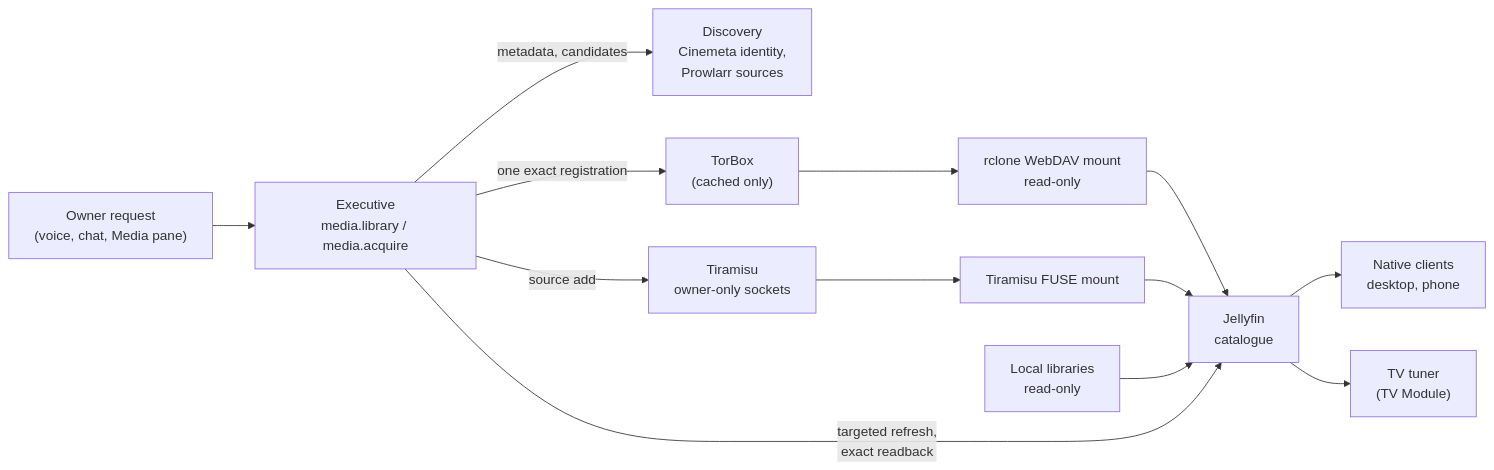
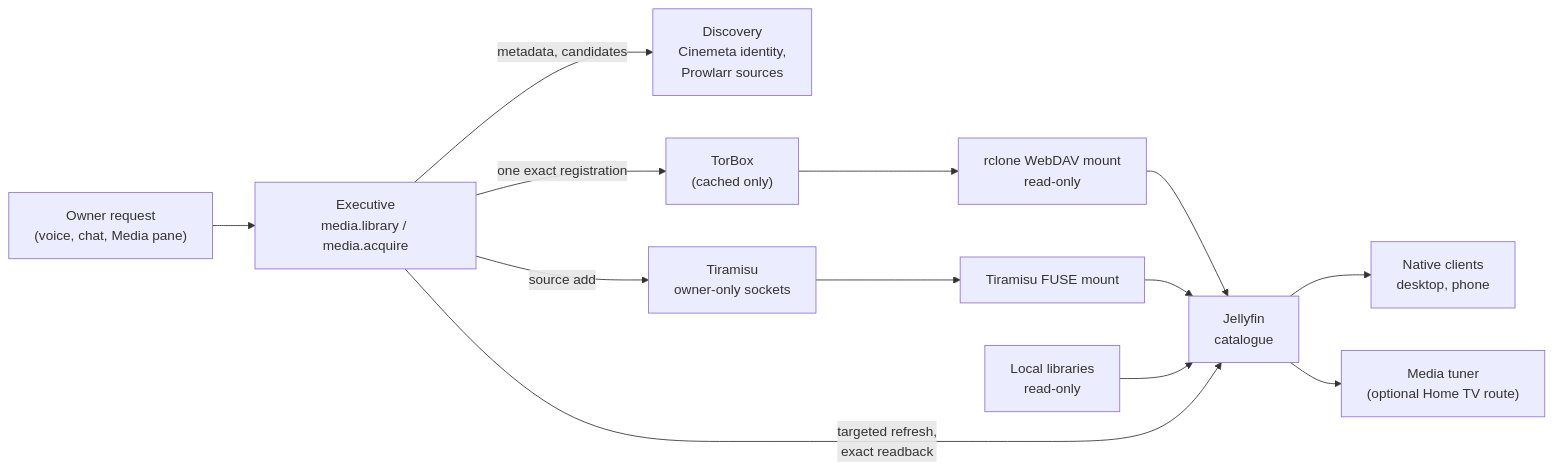
The diagram in docs/integrations/media.md (Resource-Hacker/obsidience), drawn with Mermaid before and after one commit. The commit also changed other lines of this file and 25 other files, not shown here.

Commit message:
Define Media and Home boundaries and repair project context

````diff
--- a/docs/integrations/media.md
+++ b/docs/integrations/media.md
@@ -31,15 +32,15 @@
 ```mermaid
 flowchart LR
   owner["Owner request<br/>(voice, chat, Media pane)"] --> exec["Executive<br/>media.library / media.acquire"]
   exec -->|"metadata, candidates"| disc["Discovery<br/>Cinemeta identity,<br/>Prowlarr sources"]
   exec -->|"one exact registration"| tb["TorBox<br/>(cached only)"]
   exec -->|"source add"| tir["Tiramisu<br/>owner-only sockets"]
   tb --> rc["rclone WebDAV mount<br/>read-only"]
   tir --> fuse["Tiramisu FUSE mount"]
   rc --> jf["Jellyfin<br/>catalogue"]
   fuse --> jf
   local["Local libraries<br/>read-only"] --> jf
   jf --> clients["Native clients<br/>desktop, phone"]
-  jf --> tuner["TV tuner<br/>(TV Module)"]
+  jf --> tuner["Media tuner<br/>(optional Home TV route)"]
   exec -->|"targeted refresh,<br/>exact readback"| jf
 ```
````
